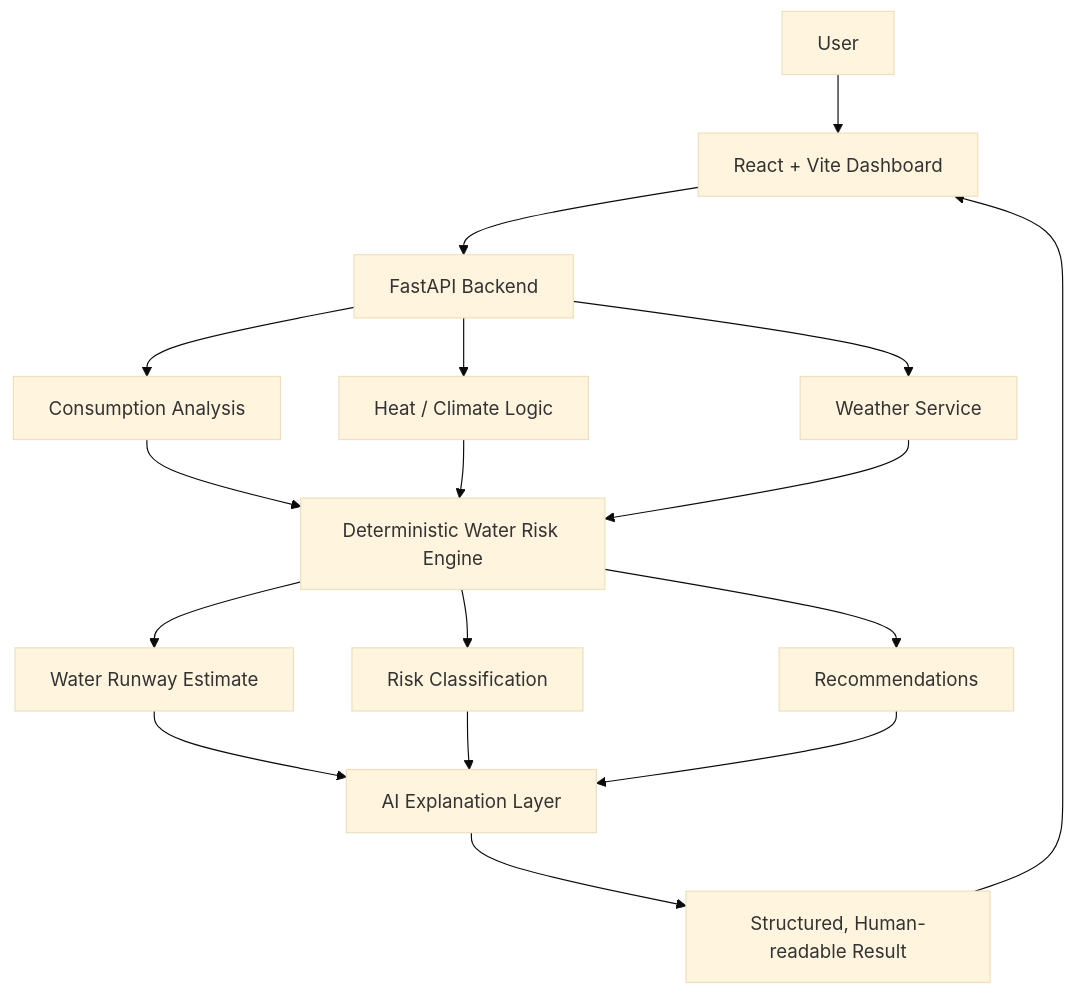
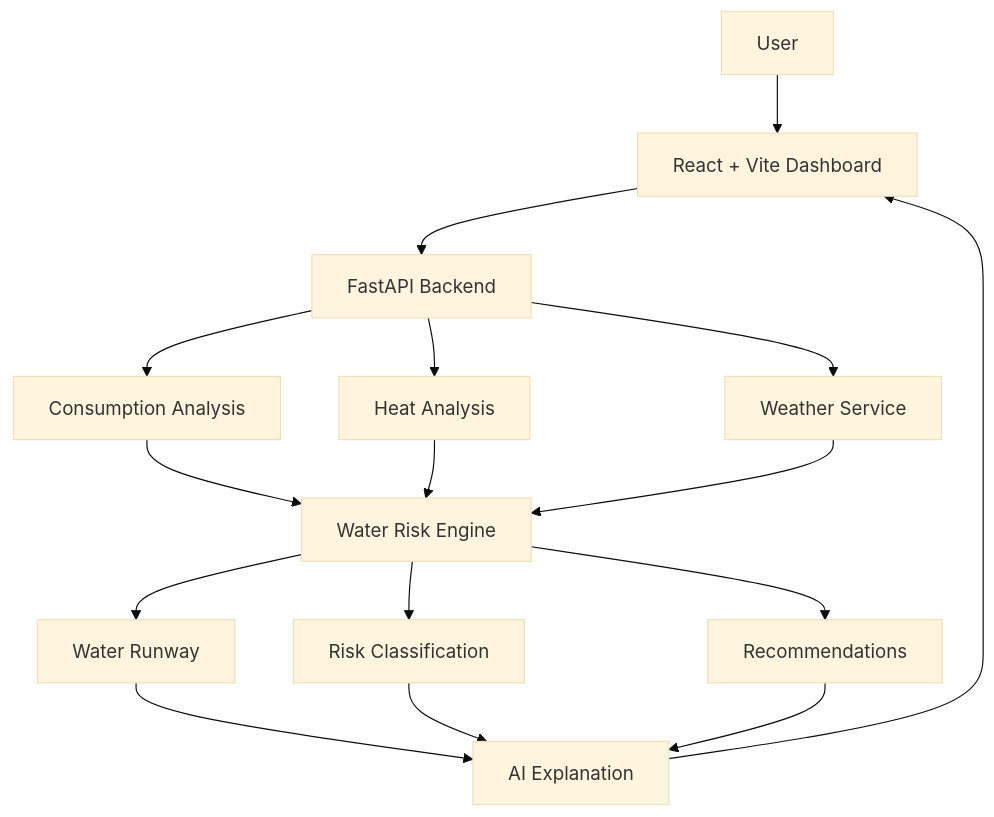
The diagram in README.md (dhanush080607/CURE), drawn with Mermaid (base theme) before and after one commit. The commit also changed other lines of this file, not shown here.

````diff
--- a/README.md
+++ b/README.md
@@ -136,24 +106,23 @@
 ```mermaid
 flowchart TD
-    U[User] --> FE[React + Vite Dashboard]
-    FE --> API[FastAPI Backend]
+    A[User] --> B[React + Vite Dashboard]
+    B --> C[FastAPI Backend]
 
-    API --> C[Consumption Analysis]
-    API --> H[Heat / Climate Logic]
-    API --> W[Weather Service]
+    C --> D[Consumption Analysis]
+    C --> E[Heat Analysis]
+    C --> F[Weather Service]
 
-    C --> R[Deterministic Water Risk Engine]
-    H --> R
-    W --> R
+    D --> G[Water Risk Engine]
+    E --> G
+    F --> G
 
-    R --> WR[Water Runway Estimate]
-    R --> RL[Risk Classification]
-    R --> REC[Recommendations]
+    G --> H[Water Runway]
+    G --> I[Risk Classification]
+    G --> J[Recommendations]
 
-    WR --> AI[AI Explanation Layer]
-    RL --> AI
-    REC --> AI
+    H --> K[AI Explanation]
+    I --> K
+    J --> K
 
-    AI --> OUT[Structured, Human-readable Result]
-    OUT --> FE
+    K --> B
 ```
````
